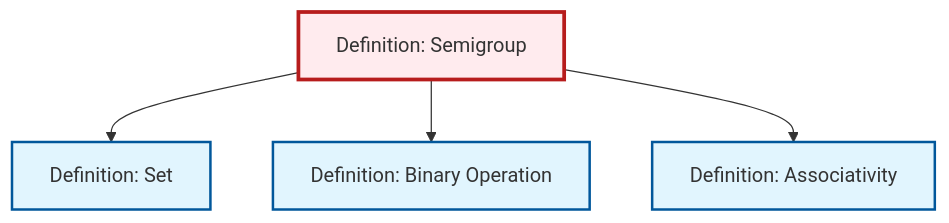
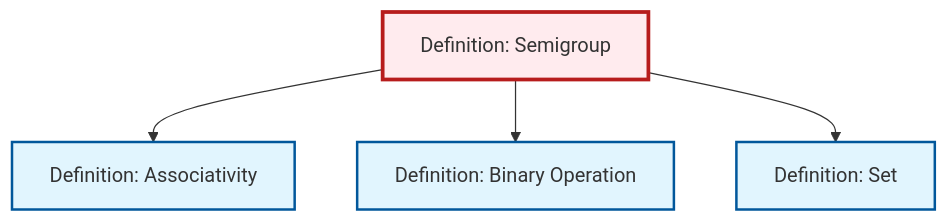
The diagram in content/en/algebra/def-semigroup.qmd (RK0429/ModernMath), drawn with Mermaid before and after one commit. The commit also changed other lines of this file and 634 other files, not shown here.

````diff
--- a/content/en/algebra/def-semigroup.qmd
+++ b/content/en/algebra/def-semigroup.qmd
@@ -102,20 +102,20 @@
 ```{mermaid}
 %%| fig-cap: "Local dependency graph"
 graph TD
     classDef definition fill:#e1f5fe,stroke:#01579b,stroke-width:2px
     classDef theorem fill:#f3e5f5,stroke:#4a148c,stroke-width:2px
     classDef axiom fill:#fff3e0,stroke:#e65100,stroke-width:2px
     classDef example fill:#e8f5e9,stroke:#1b5e20,stroke-width:2px
     classDef current fill:#ffebee,stroke:#b71c1c,stroke-width:3px
+    def-set["Definition: Set"]:::definition
+    def-semigroup["Definition: Semigroup"]:::definition
     def-binary-operation["Definition: Binary Operation"]:::definition
     def-associativity["Definition: Associativity"]:::definition
-    def-semigroup["Definition: Semigroup"]:::definition
-    def-set["Definition: Set"]:::definition
+    def-semigroup --> def-associativity
+    def-semigroup --> def-binary-operation
     def-semigroup --> def-set
-    def-semigroup --> def-binary-operation
-    def-semigroup --> def-associativity
     class def-semigroup current
+    click def-set "def-set.html" "Go to Set definition"
     click def-binary-operation "def-binary-operation.html" "Go to Binary Operation definition"
     click def-associativity "def-associativity.html" "Go to Associativity definition"
-    click def-set "def-set.html" "Go to Set definition"
 ```
````
